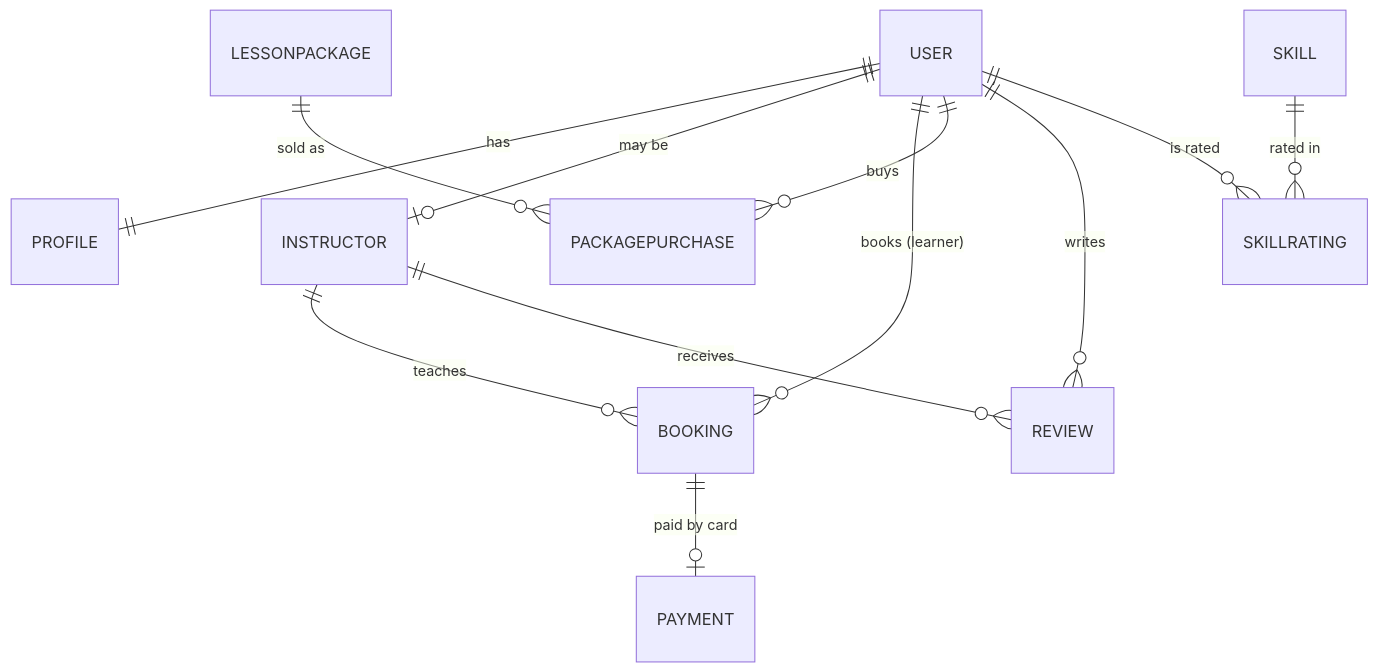
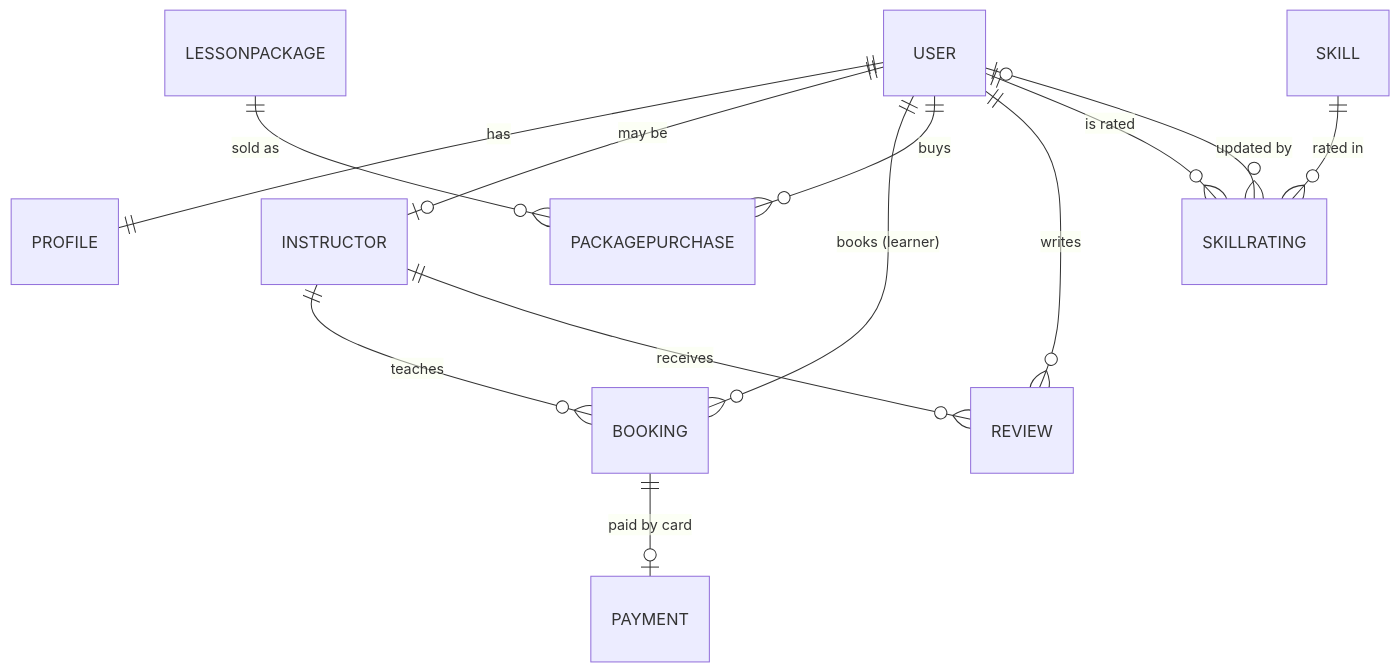
The diagram in README.md (Md12Ali/DRX), drawn with Mermaid before and after one commit. The commit also changed other lines of this file and 15 other files, not shown here.

````diff
--- a/README.md
+++ b/README.md
@@ -242,14 +317,15 @@
 ```mermaid
 erDiagram
     USER ||--|| PROFILE : "has"
     USER ||--o| INSTRUCTOR : "may be"
     USER ||--o{ BOOKING : "books (learner)"
     INSTRUCTOR ||--o{ BOOKING : "teaches"
     BOOKING ||--o| PAYMENT : "paid by card"
     USER ||--o{ PACKAGEPURCHASE : "buys"
     LESSONPACKAGE ||--o{ PACKAGEPURCHASE : "sold as"
     INSTRUCTOR ||--o{ REVIEW : "receives"
     USER ||--o{ REVIEW : "writes"
     USER ||--o{ SKILLRATING : "is rated"
     SKILL ||--o{ SKILLRATING : "rated in"
+    USER |o--o{ SKILLRATING : "updated by"
 ```
````
